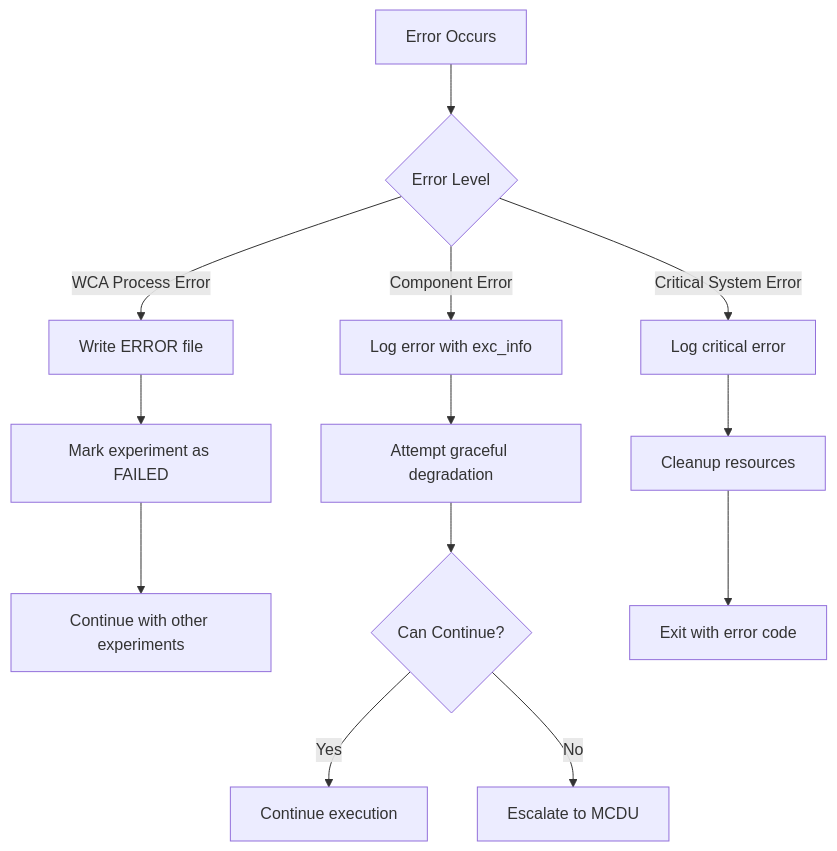
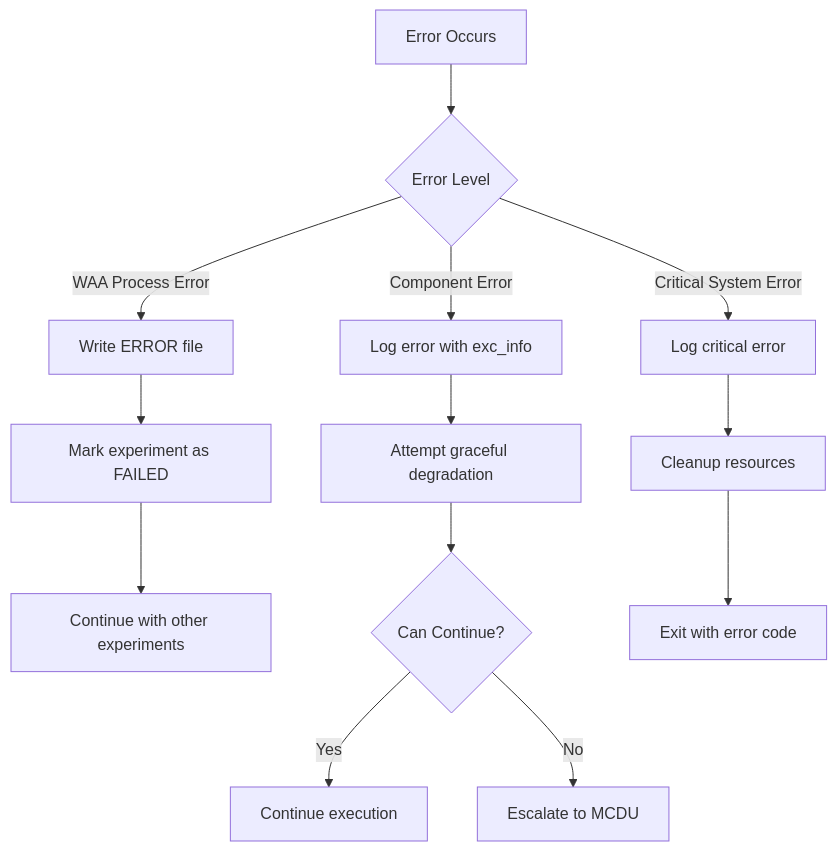
One commit to harutasti/kaggle_automation changed diagram 12 of 14 in docs/architecture/DETAILED_FLOW.md. Above: the diagram before and after it, drawn with Mermaid. The commit also changed other lines of this file and 27 other files, not shown here.

````diff
--- a/docs/architecture/DETAILED_FLOW.md
+++ b/docs/architecture/DETAILED_FLOW.md
@@ -335,17 +335,17 @@
 ```mermaid
 graph TD
     A[Error Occurs] --> B{Error Level}
-    B -->|WCA Process Error| C[Write ERROR file]
+    B -->|WAA Process Error| C[Write ERROR file]
     C --> D[Mark experiment as FAILED]
     D --> E[Continue with other experiments]
     
     B -->|Component Error| F[Log error with exc_info]
     F --> G[Attempt graceful degradation]
     G --> H{Can Continue?}
     H -->|Yes| I[Continue execution]
     H -->|No| J[Escalate to MCDU]
     
     B -->|Critical System Error| K[Log critical error]
     K --> L[Cleanup resources]
     L --> M[Exit with error code]
 ```
````
